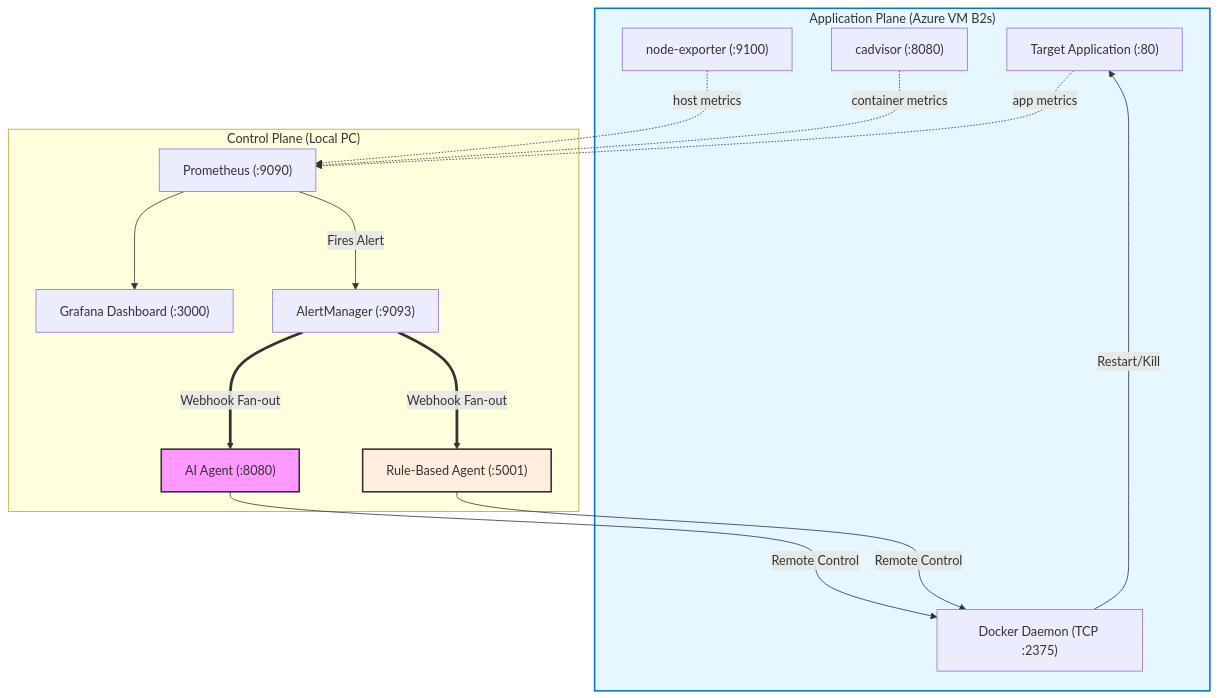
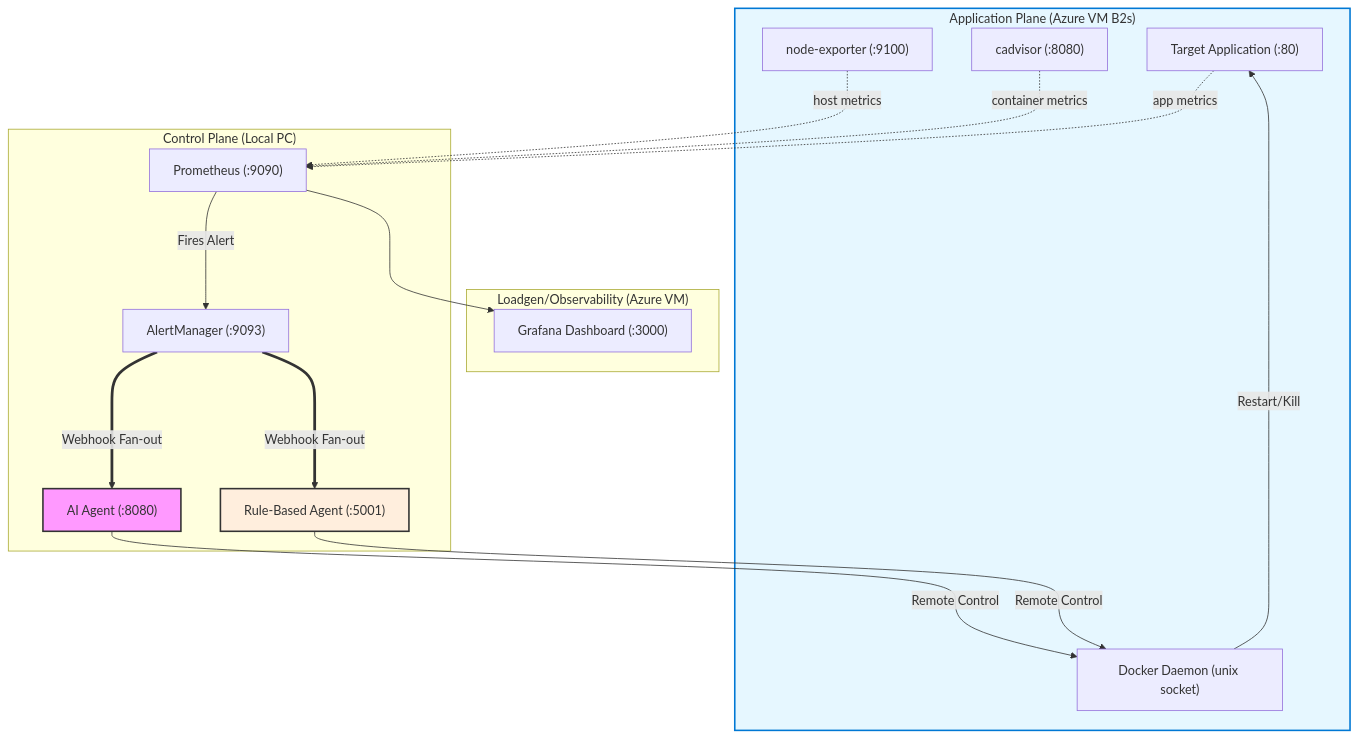
The diagram in README.md (mquangpham575/AiOps), drawn with Mermaid before and after one commit. The commit also changed other lines of this file and 41 other files, not shown here.

````diff
--- a/README.md
+++ b/README.md
@@ -64,38 +67,41 @@
 ```mermaid
 graph TB
     subgraph Azure ["Application Plane (Azure VM B2s)"]
         App["Target Application (:80)"]
         Node["node-exporter (:9100)"]
         Cadvisor["cadvisor (:8080)"]
-        Docker["Docker Daemon (TCP :2375)"]
+        Docker["Docker Daemon (unix socket)"]
+    end
+
+    subgraph Loadgen ["Loadgen/Observability (Azure VM)"]
+        Graf["Grafana Dashboard (:3000)"]
     end
 
     subgraph PC ["Control Plane (Local PC)"]
         Prom["Prometheus (:9090)"]
-        Graf["Grafana Dashboard (:3000)"]
         AM["AlertManager (:9093)"]
-        
+
         AIAgent["AI Agent (:8080)"]
         RuleAgent["Rule-Based Agent (:5001)"]
     end
 
     %% Metric Flow
     Node -.->|host metrics| Prom
     Cadvisor -.->|container metrics| Prom
     App -.->|app metrics| Prom
     Prom ---> Graf
-    
+
     %% Alert Flow
     Prom --->|Fires Alert| AM
     AM ===>|Webhook Fan-out| AIAgent
     AM ===>|Webhook Fan-out| RuleAgent
-    
+
     %% Remediation Flow
     AIAgent --->|Remote Control| Docker
     RuleAgent --->|Remote Control| Docker
     Docker --->|Restart/Kill| App
 
     style AIAgent fill:#f9f,stroke:#333,stroke-width:2px
     style RuleAgent fill:#ffeedd,stroke:#333,stroke-width:2px
     style Azure fill:#e6f7ff,stroke:#0078D4,stroke-width:2px
 ```
````
